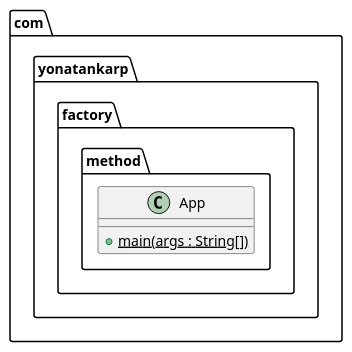
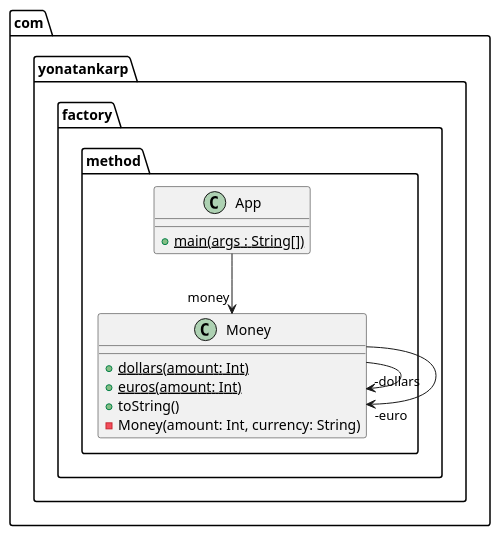
Before and after one commit to yonatankarp/kotlin-design-patterns: the diagram in static-factory-method/etc/static-factory-method.puml, drawn with PlantUML. The commit also changed 6 other files, not shown here.

```diff
--- a/static-factory-method/etc/static-factory-method.puml
+++ b/static-factory-method/etc/static-factory-method.puml
@@ -1,7 +1,18 @@
 @startuml
 package com.yonatankarp.factory.method {
   class App {
     + main(args : String[]) {static}
   }
+
+  class Money {
+    + dollars(amount: Int) {static}
+    + euros(amount: Int) {static}
+    + toString()
+    - Money(amount: Int, currency: String)
+  }
+
+  App --> "money" Money
+  Money -->  "-dollars" Money
+  Money -->  "-euro" Money
 }
 @enduml
```
